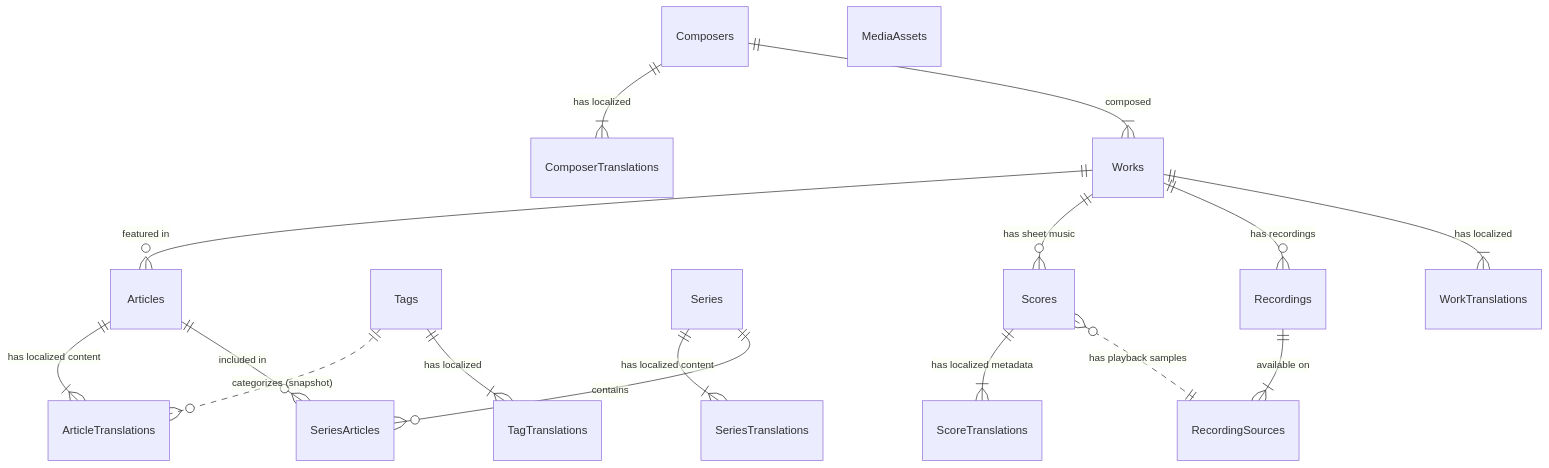
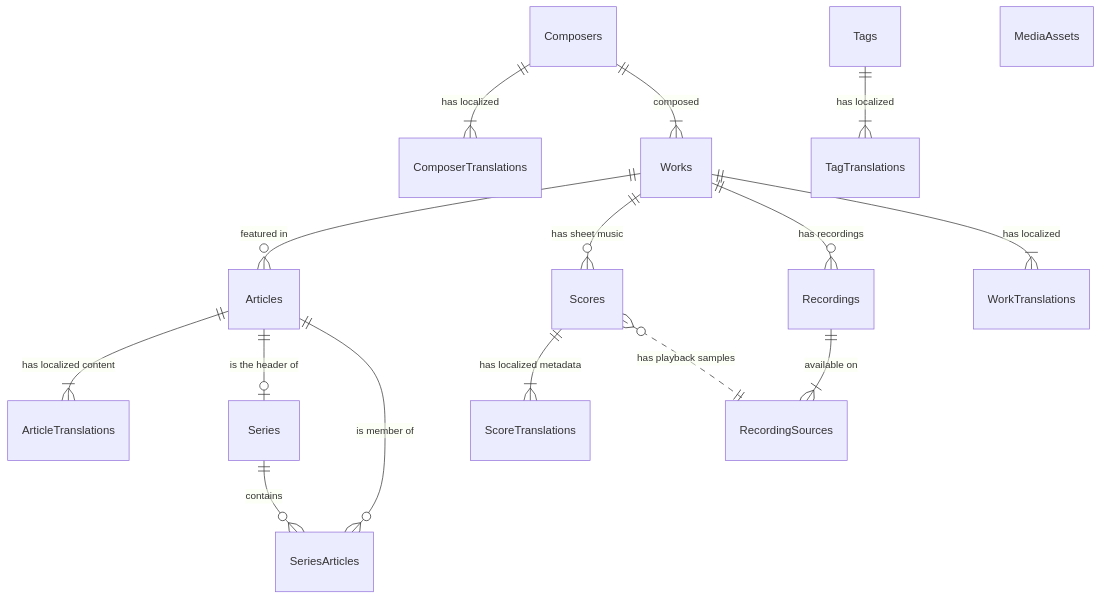
Before and after one commit to preludio-lab/preludio-lab: the first of 2 diagrams in docs/05_design/database-schema.md, drawn with Mermaid. The commit also changed other lines of this file, not shown here.

Commit message:
docs: シリーズ設計の洗練（series_translations撤廃とDecoratorパターンの採用）

````diff
--- a/docs/05_design/database-schema.md
+++ b/docs/05_design/database-schema.md
@@ -54,26 +54,25 @@
 ```mermaid
 erDiagram
     %% Core Tables: Articles
     Works ||--o{ Articles : "featured in"
     Articles ||--|{ ArticleTranslations : "has localized content"
-    Tags ||..o{ ArticleTranslations : "categorizes (snapshot)"
 
-    %% Series Tables
-    Series ||--|{ SeriesTranslations : "has localized content"
+    %% Series Tables (Structural Decorator)
+    Articles ||--o| Series : "is the header of"
     Series ||--o{ SeriesArticles : "contains"
-    Articles ||--o{ SeriesArticles : "included in"
+    Articles ||--o{ SeriesArticles : "is member of"
 
     %% Asset Tables: Scores & Recordings
     Works ||--o{ Scores : "has sheet music"
     Scores ||--|{ ScoreTranslations : "has localized metadata"
     Scores }o..|| RecordingSources : "has playback samples"
     Works ||--o{ Recordings : "has recordings"
     Recordings ||--|{ RecordingSources : "available on"
 
     %% Master Tables: Composers & Works
     Composers ||--|{ ComposerTranslations : "has localized"
     Composers ||--|{ Works : "composed"
     Works ||--|{ WorkTranslations : "has localized"
     Tags ||--|{ TagTranslations : "has localized"
     MediaAssets
 ```
````
